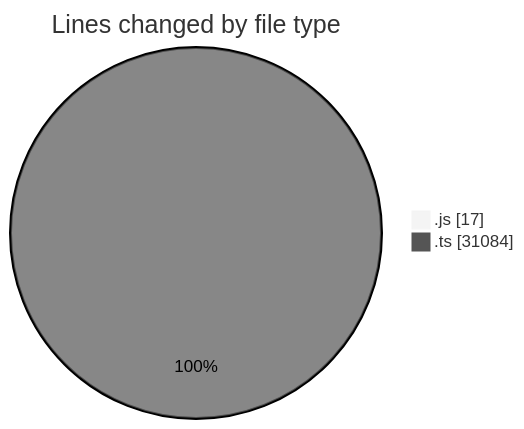
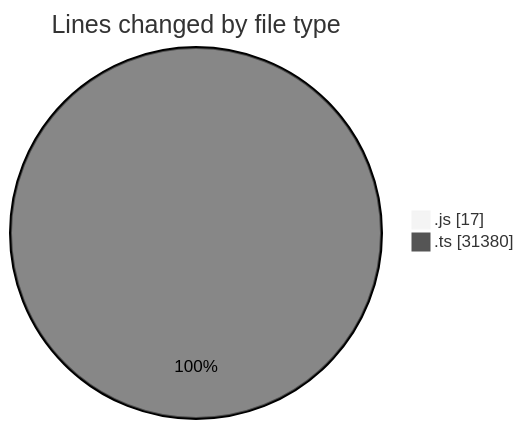
One commit to momahboobian/code-tracking changed the first of 2 diagrams in 2026-07-27/cda/README.md. Above: the diagram before and after it, drawn with Mermaid (neutral theme). The commit also changed other lines of this file and 1 other file, not shown here.

````diff
--- a/2026-07-27/cda/README.md
+++ b/2026-07-27/cda/README.md
@@ -27,6 +28,6 @@
 ```mermaid
 pie showData
 title Lines changed by file type
 ".js" : 17
-".ts" : 31084
+".ts" : 31380
 ```
````
